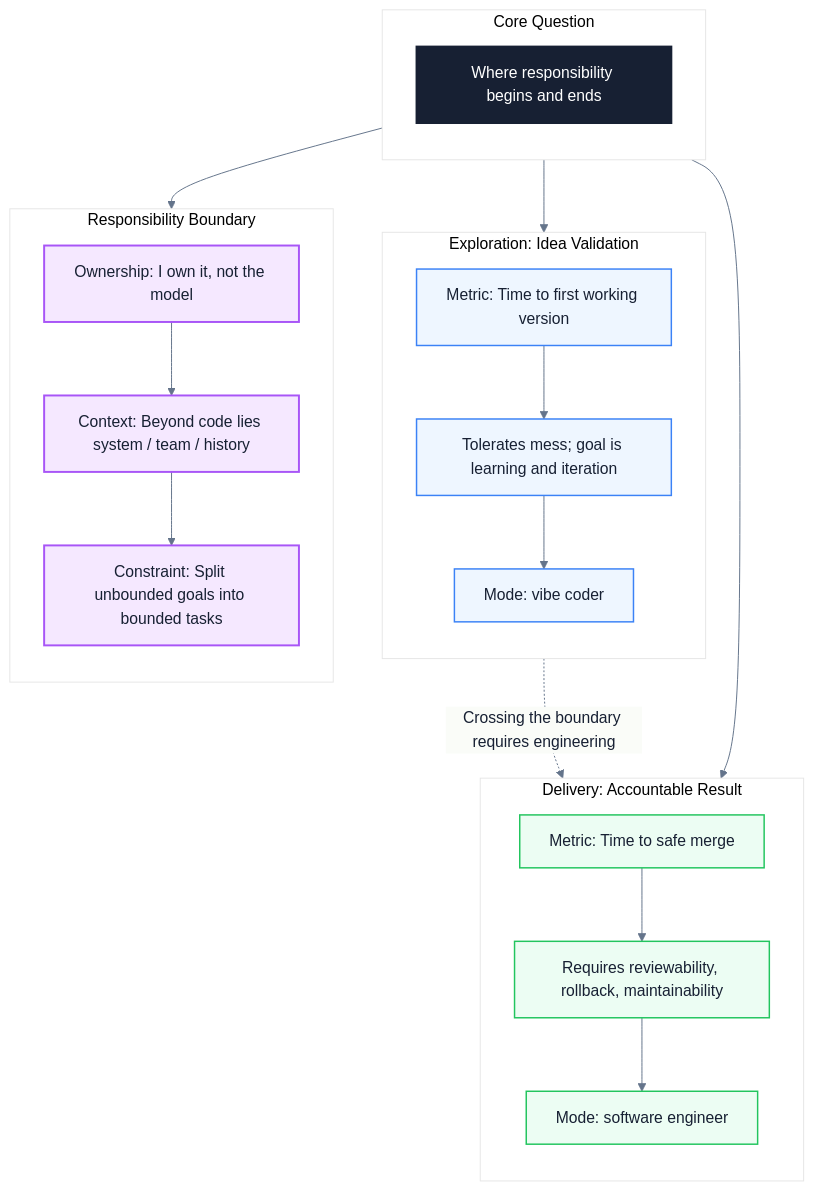
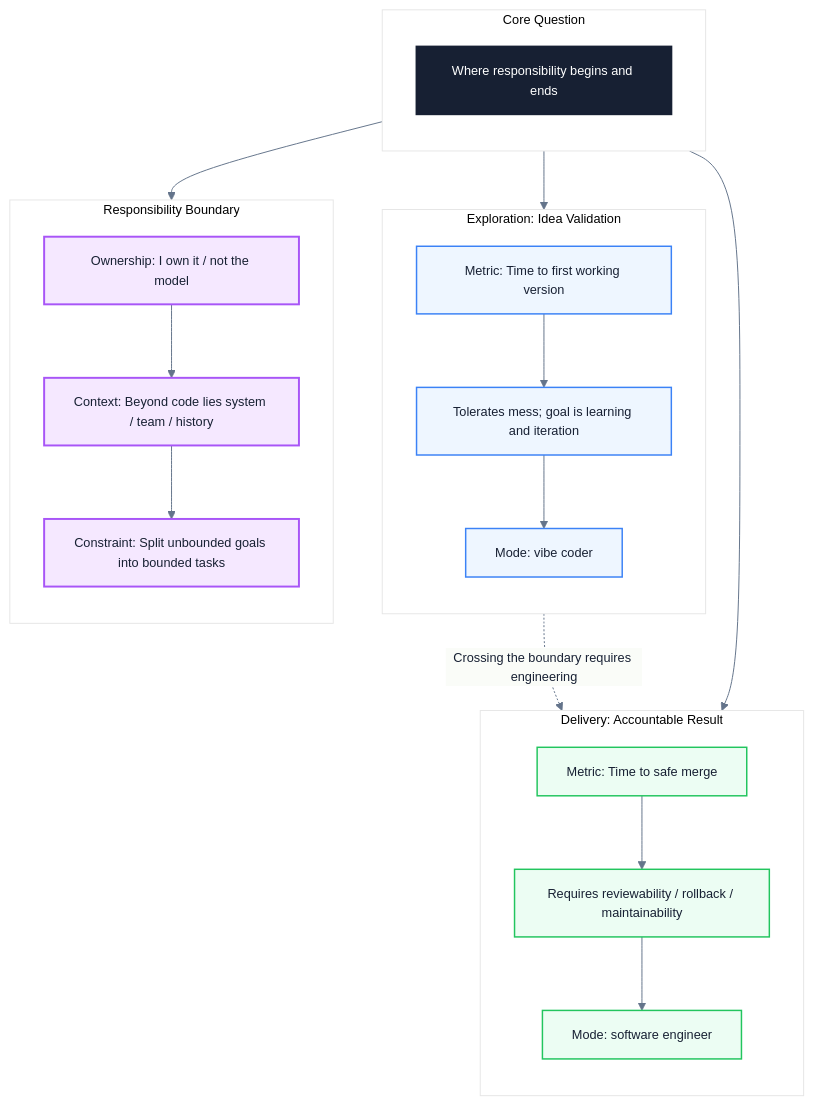
One commit to Fatejian/frontier-vault changed the diagram in docs/en/career/vibe-coder-vs-software-engineer.md. Above: the diagram before and after it, drawn with Mermaid. The commit also changed 37 other files, not shown here.

````diff
--- a/docs/en/career/vibe-coder-vs-software-engineer.md
+++ b/docs/en/career/vibe-coder-vs-software-engineer.md
@@ -178,48 +178,48 @@
 ```mermaid
-%%{init: {'theme': 'base', 'themeVariables': { 'fontFamily': 'Inter, PingFang SC, Microsoft YaHei, sans-serif', 'primaryColor': '#F8FAFC', 'primaryTextColor': '#172033', 'primaryBorderColor': '#CBD5E1', 'lineColor': '#64748B'}}}%%
+%%{init: {'theme': 'base', 'themeVariables': { 'fontFamily': 'Inter, PingFang SC, Microsoft YaHei, sans-serif', 'primaryColor': '#F8FAFC', 'primaryTextColor': '#172033', 'primaryBorderColor': '#CBD5E1', 'lineColor': '#64748B', 'fontSize': '13px'}}}%%
 flowchart TB
     subgraph CORE["Core Question"]
         direction TB
         C["Where responsibility begins and ends"]
     end
 
     subgraph EXPLORE["Exploration: Idea Validation"]
         direction TB
         E1["Metric: Time to first working version"]
         E2["Tolerates mess; goal is learning and iteration"]
         E3["Mode: vibe coder"]
     end
 
     subgraph DELIVER["Delivery: Accountable Result"]
         direction TB
         D1["Metric: Time to safe merge"]
-        D2["Requires reviewability, rollback, maintainability"]
+        D2["Requires reviewability / rollback / maintainability"]
         D3["Mode: software engineer"]
     end
 
     subgraph BOUNDARY["Responsibility Boundary"]
         direction TB
-        B1["Ownership: I own it, not the model"]
+        B1["Ownership: I own it / not the model"]
         B2["Context: Beyond code lies system / team / history"]
         B3["Constraint: Split unbounded goals into bounded tasks"]
     end
 
     C --> E1
     C --> D1
     C --> B1
     E1 --> E2 --> E3
     D1 --> D2 --> D3
     B1 --> B2 --> B3
     E3 -.->|"Crossing the boundary requires engineering"| D3
 
     classDef core fill:#172033,color:#fff,stroke:#172033,stroke-width:2px
     classDef wait fill:#EEF6FF,stroke:#3B82F6,color:#172033,stroke-width:1.5px
     classDef block fill:#FFF7E6,stroke:#F59E0B,color:#172033,stroke-width:1.5px
     classDef work fill:#ECFDF3,stroke:#22C55E,color:#172033,stroke-width:1.5px
     classDef metric fill:#F5E8FF,stroke:#A855F7,color:#172033,stroke-width:2px
 
     class C core
     class E1,E2,E3 wait
     class D1,D2,D3 work
     class B1,B2,B3 metric
 ```
````
